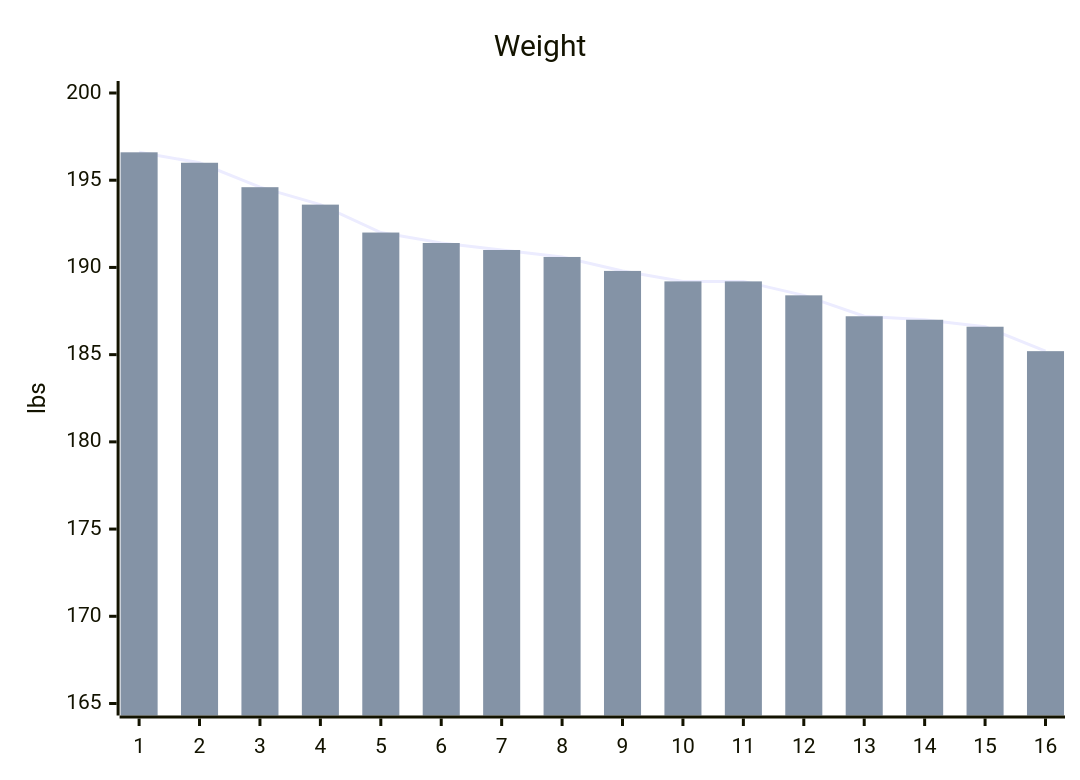
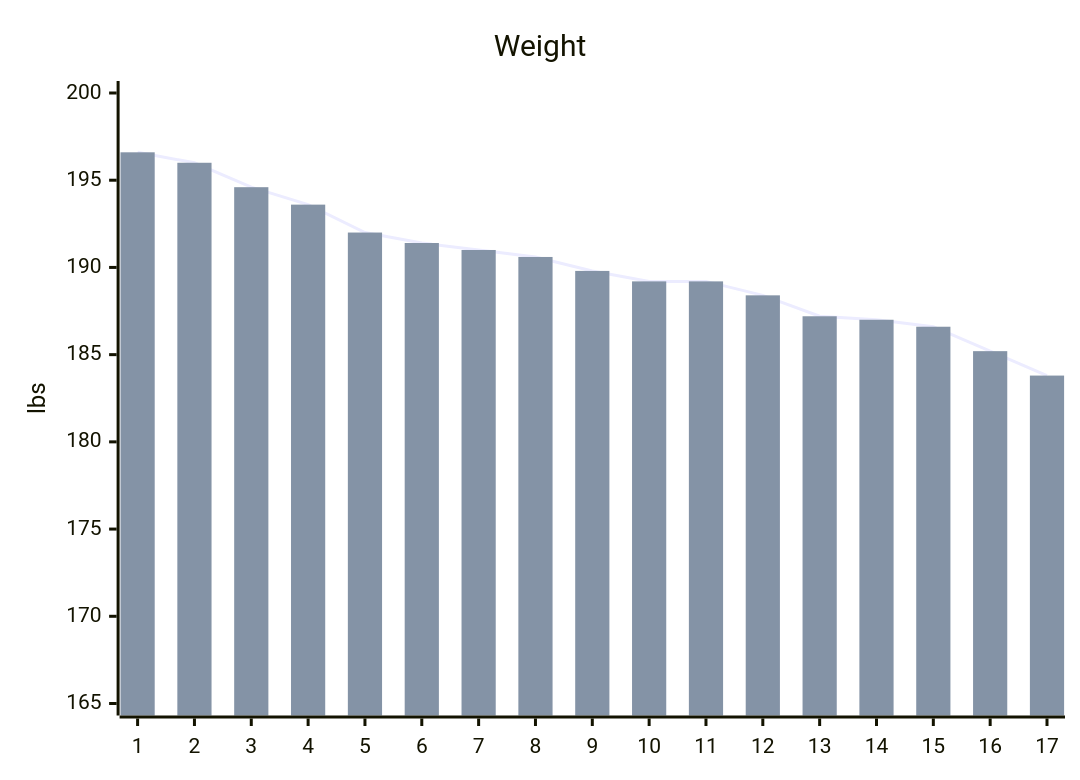
Before and after one commit to stevenelson35/stevenelson35.github.io: the diagram in all_collections/_personal/goals.md, drawn with Mermaid. The commit also changed other lines of this file, not shown here.

```diff
--- a/all_collections/_personal/goals.md
+++ b/all_collections/_personal/goals.md
@@ -11,8 +11,8 @@
 <pre class="mermaid" >
   xychart-beta
     title "Weight" 
-    x-axis [1, 2, 3, 4, 5, 6, 7, 8, 9, 10, 11, 12, 13, 14, 15, 16] 
+    x-axis [1, 2, 3, 4, 5, 6, 7, 8, 9, 10, 11, 12, 13, 14, 15, 16, 17] 
     y-axis "lbs" 165 --> 200
-    line [196.6, 196.0, 194.6, 193.6, 192.0, 191.4, 191.0, 190.6, 189.8, 189.2, 189.2, 188.4, 187.2, 187.0, 186.6, 185.2]
-    bar [196.6, 196.0, 194.6, 193.6, 192.0, 191.4, 191.0, 190.6, 189.8, 189.2, 189.2, 188.4, 187.2, 187.0, 186.6, 185.2]
+    line [196.6, 196.0, 194.6, 193.6, 192.0, 191.4, 191.0, 190.6, 189.8, 189.2, 189.2, 188.4, 187.2, 187.0, 186.6, 185.2, 183.8]
+    bar [196.6, 196.0, 194.6, 193.6, 192.0, 191.4, 191.0, 190.6, 189.8, 189.2, 189.2, 188.4, 187.2, 187.0, 186.6, 185.2, 183.8]
 </pre>
```
